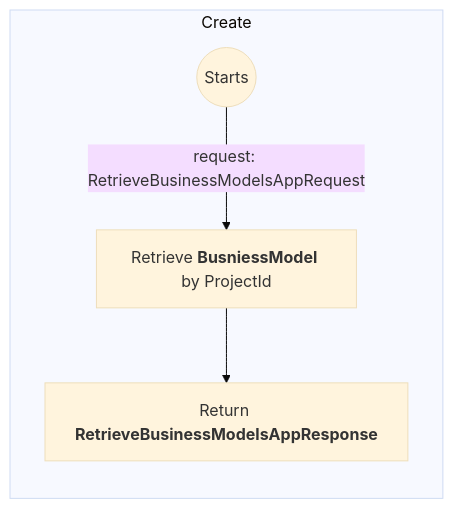
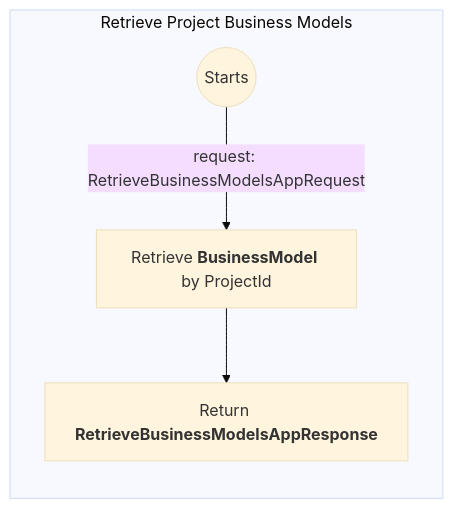
The third of 3 diagrams in AI/Actions/ProjectAppService.md (sdlfly2000/DomainBasedDesigner), drawn with Mermaid (base theme) before and after one commit. The commit also changed other lines of this file, not shown here.

Commit message:
Optimize instruction of ProjectAppService.md

````diff
--- a/AI/Actions/ProjectAppService.md
+++ b/AI/Actions/ProjectAppService.md
@@ -69,13 +70,13 @@
     ```mermaid
         graph TB
-            subgraph main [Create]
+            subgraph main [Retrieve Project Business Models]
                 direction TB
                 start(("Start"s)) -->
                 
                 %% {/* IProjectRepository.RetrieveBusinessModelsByProjectId(request.ProjectId).ConfigureAwait(false) */} 
-                |request: RetrieveBusinessModelsAppRequest| retrieveBusniessModelViaProjectId["`Retrieve **BusniessModel** by ProjectId`"] -->
+                |request: RetrieveBusinessModelsAppRequest| retrieveBusinessModelViaProjectId["`Retrieve **BusinessModel** by ProjectId`"] -->
 
                 %% {/* return new RetrieveBusinessModelsAppResponse(request.Id, businessModels, true, null)  */} 
                 return["`Return **RetrieveBusinessModelsAppResponse**`"]
             end
     ```
````
